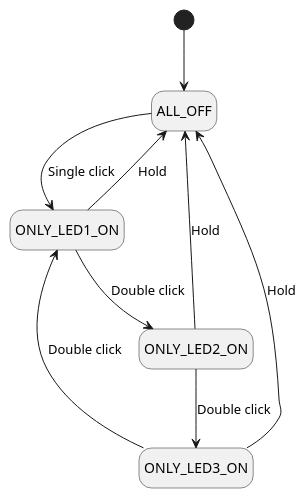
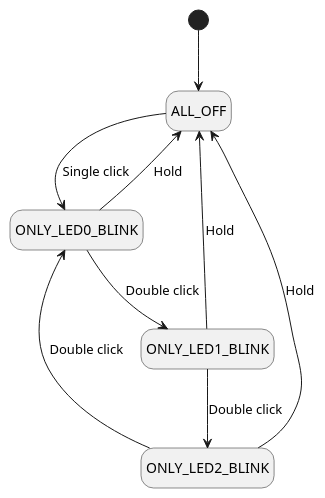
One commit to minh2002sn/led_control changed the diagram in docs/fsm_system.wsd. Above: the diagram before and after it, drawn with PlantUML. The commit also changed 1 other file, not shown here.

Commit message:
docs(fsm_system): Update new state name in state machine diagram

```diff
--- a/docs/fsm_system.wsd
+++ b/docs/fsm_system.wsd
@@ -1,13 +1,13 @@
 @startuml
 hide empty description
 
 [*] --> ALL_OFF
-ALL_OFF --> ONLY_LED1_ON: Single click
-ONLY_LED1_ON --> ONLY_LED2_ON: Double click
-ONLY_LED2_ON --> ONLY_LED3_ON: Double click
-ONLY_LED3_ON --> ONLY_LED1_ON: Double click
-ONLY_LED1_ON --> ALL_OFF: Hold
-ONLY_LED2_ON --> ALL_OFF: Hold
-ONLY_LED3_ON --> ALL_OFF: Hold 
+ALL_OFF --> ONLY_LED0_BLINK: Single click
+ONLY_LED0_BLINK --> ONLY_LED1_BLINK: Double click
+ONLY_LED1_BLINK --> ONLY_LED2_BLINK: Double click
+ONLY_LED2_BLINK --> ONLY_LED0_BLINK: Double click
+ONLY_LED0_BLINK --> ALL_OFF: Hold
+ONLY_LED1_BLINK --> ALL_OFF: Hold
+ONLY_LED2_BLINK --> ALL_OFF: Hold 
 
 @enduml
```
